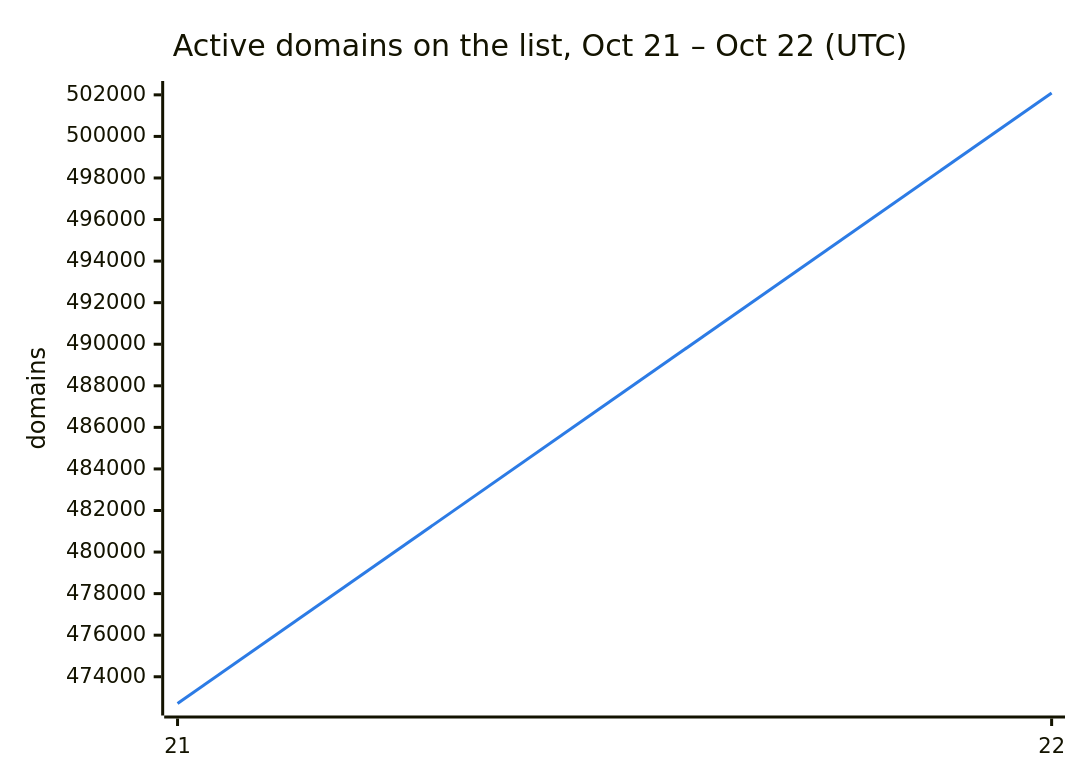
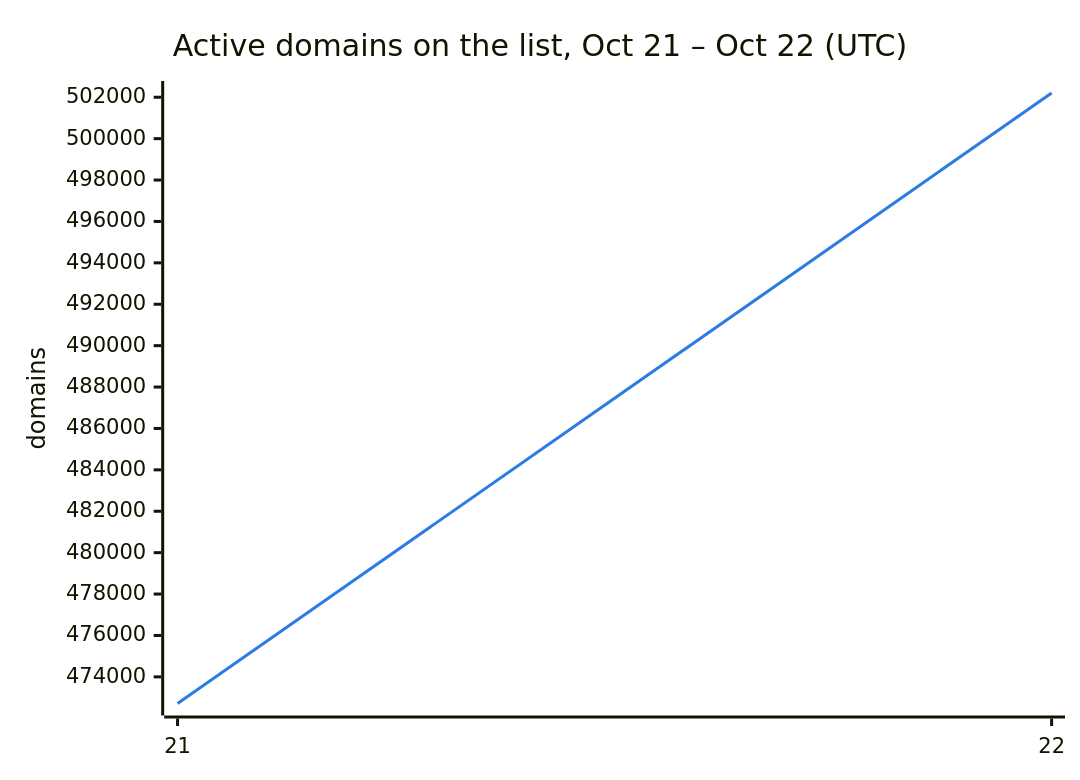
The second of 3 diagrams in README.md (DNSBunker/CTI), drawn with Mermaid before and after one commit. The commit also changed other lines of this file and 3 other files, not shown here.

````diff
--- a/README.md
+++ b/README.md
@@ -38,8 +38,8 @@
 ```mermaid
 %%{init: {"themeVariables": {"xyChart": {"plotColorPalette": "#2c7be5"}}}}%%
 xychart-beta
     title "Active domains on the list, Oct 21 – Oct 22 (UTC)"
     x-axis ["21", "22"]
     y-axis "domains"
-    line [472713, 502089]
+    line [472713, 502205]
 ```
````
